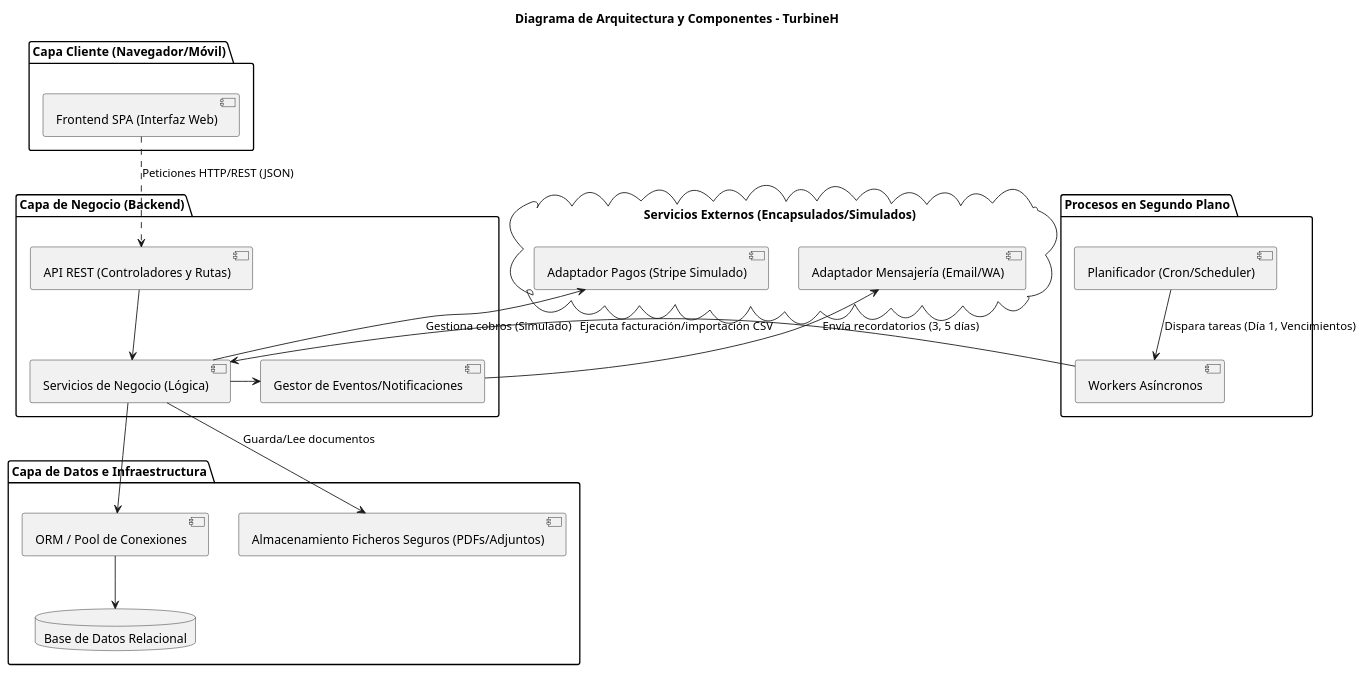
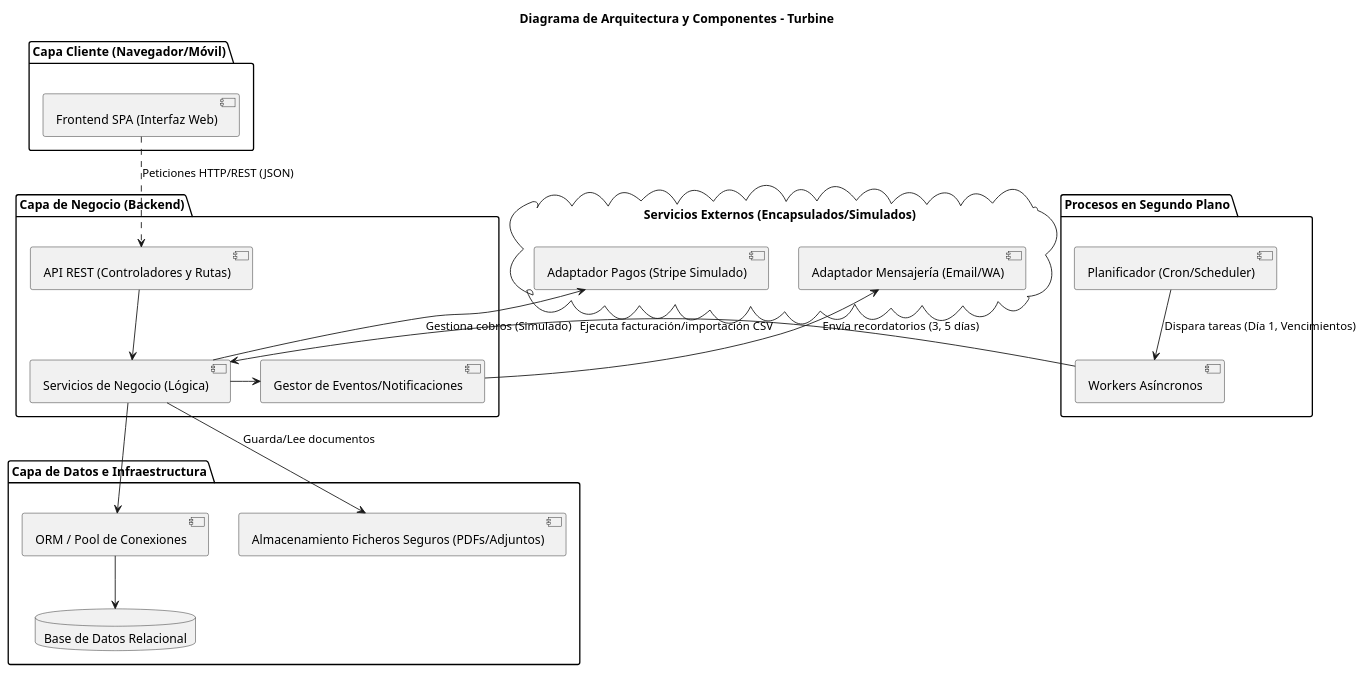
One commit to pablorv3/Hienitas-ADAP changed the diagram in doc/src/arquitectura-componentes.pu. Above: the diagram before and after it, drawn with PlantUML. The commit also changed 1 other file, not shown here.

Commit message:
Sync architecture spec with requirements and persistence model
- Fix diagram source path and remove references to missing section 10.1
- Update stale FR summaries (FR-014, 015, 026, 031, 052, 071, 117)
- Name the ENVIO and EJECUCION_PROCESO tables behind outbox and job queue
- Replace TurbineH with Turbine in the component diagram title

```diff
--- a/doc/src/arquitectura-componentes.pu
+++ b/doc/src/arquitectura-componentes.pu
@@ -1,48 +1,48 @@
 @startuml arquitectura-componentes
     skinparam componentStyle uml2
-    title Diagrama de Arquitectura y Componentes - TurbineH
+    title Diagrama de Arquitectura y Componentes - Turbine
 
     package "Capa Cliente (Navegador/Móvil)" {
         [Frontend SPA (Interfaz Web)] as UI
     }
 
     package "Capa de Negocio (Backend)" {
         [API REST (Controladores y Rutas)] as API
         [Servicios de Negocio (Lógica)] as Logic
         [Gestor de Eventos/Notificaciones] as NotifManager
     }
 
     package "Procesos en Segundo Plano" {
         [Workers Asíncronos] as Workers
         [Planificador (Cron/Scheduler)] as Cron
     }
 
     package "Capa de Datos e Infraestructura" {
         [ORM / Pool de Conexiones] as ORM
         database "Base de Datos Relacional" as DB
         [Almacenamiento Ficheros Seguros (PDFs/Adjuntos)] as Storage
     }
 
     cloud "Servicios Externos (Encapsulados/Simulados)" {
         [Adaptador Pagos (Stripe Simulado)] as StripeAdapter
         [Adaptador Mensajería (Email/WA)] as MsgAdapter
     }
 
     ' Relaciones principales
     UI .down.> API : Peticiones HTTP/REST (JSON)
     API -down-> Logic
     Logic -down-> ORM
     ORM -down-> DB
     Logic -right-> NotifManager
 
     ' Relaciones del sistema en segundo plano
     Cron -down-> Workers : "Dispara tareas (Día 1, Vencimientos)"
     Workers -left-> Logic : "Ejecuta facturación/importación CSV"
 
     ' Almacenamiento
     Logic -down-> Storage : "Guarda/Lee documentos"
 
     ' Integración externa simulada
     NotifManager -up-> MsgAdapter : "Envía recordatorios (3, 5 días)"
     Logic -up-> StripeAdapter : "Gestiona cobros (Simulado)"
 @enduml
```
